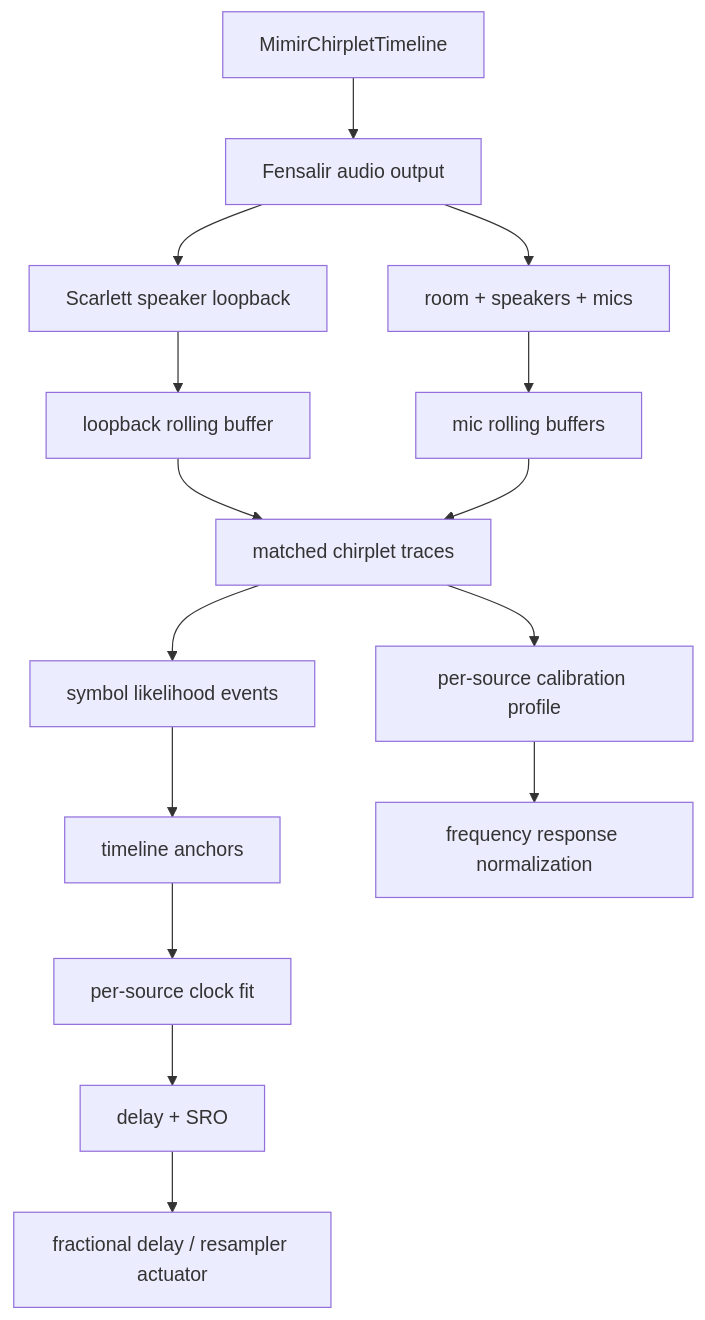
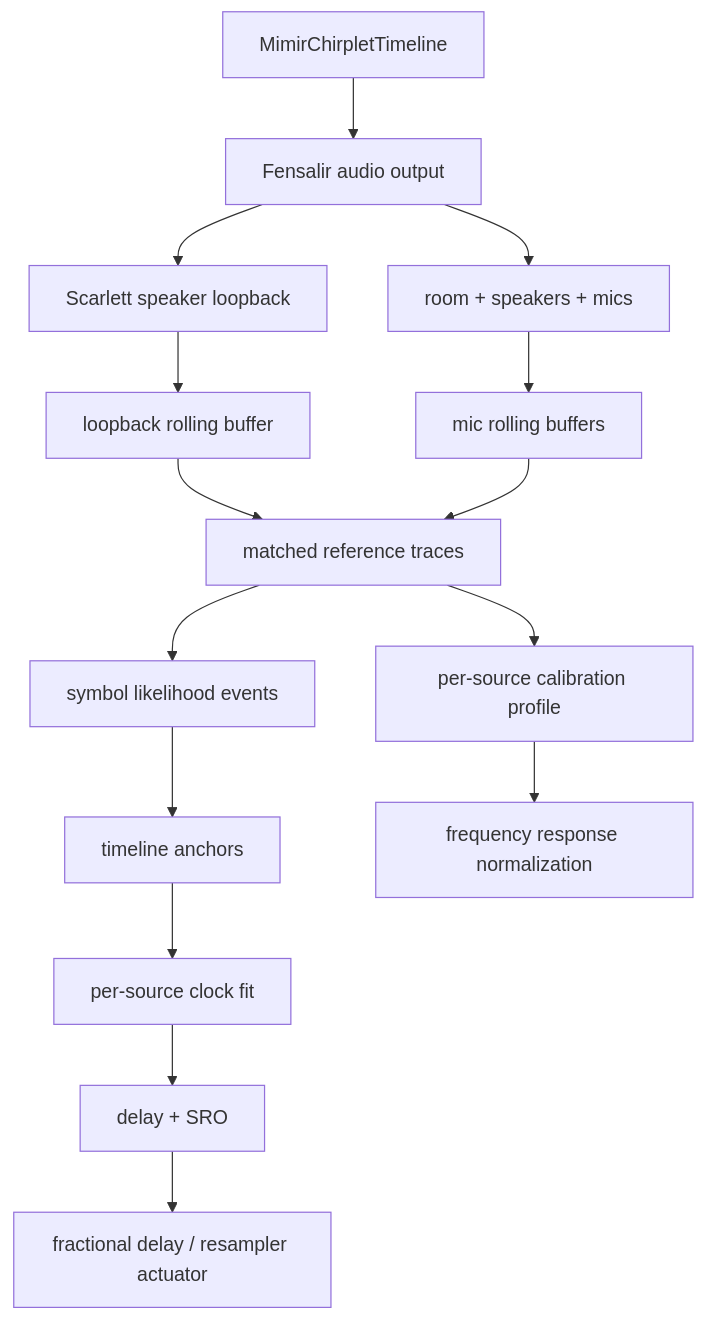
The second of 2 diagrams in docs/audio-field.md (GameCult/Mimir), drawn with Mermaid before and after one commit. The commit also changed other lines of this file and 8 other files, not shown here.

````diff
--- a/docs/audio-field.md
+++ b/docs/audio-field.md
@@ -233,17 +234,17 @@
 ```mermaid
 flowchart TD
     A["MimirChirpletTimeline"] --> B["Fensalir audio output"]
     B --> C["Scarlett speaker loopback"]
     B --> D["room + speakers + mics"]
     C --> E["loopback rolling buffer"]
     D --> F["mic rolling buffers"]
-    E --> G["matched chirplet traces"]
+    E --> G["matched reference traces"]
     F --> G
     G --> H["symbol likelihood events"]
     H --> L["timeline anchors"]
     L --> M["per-source clock fit"]
     M --> N["delay + SRO"]
     G --> I["per-source calibration profile"]
     N --> J["fractional delay / resampler actuator"]
     I --> K["frequency response normalization"]
 ```
````
